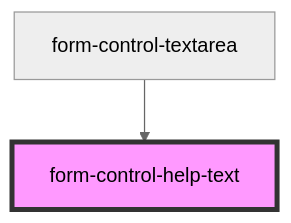
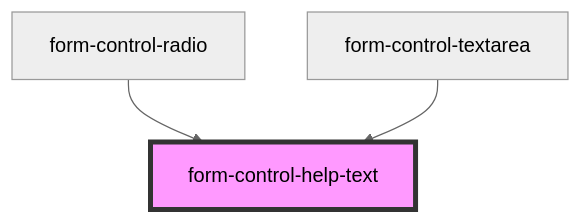
The diagram in packages/webcomponents/src/ui-components/form/form-helpers/form-control-help-text/readme.md (justifi-tech/web-component-library), drawn with Mermaid (neutral theme) before and after one commit. The commit also changed other lines of this file and 7 other files, not shown here.

````diff
--- a/packages/webcomponents/src/ui-components/form/form-helpers/form-control-help-text/readme.md
+++ b/packages/webcomponents/src/ui-components/form/form-helpers/form-control-help-text/readme.md
@@ -23,5 +24,6 @@
 ```mermaid
 graph TD;
+  form-control-radio --> form-control-help-text
   form-control-textarea --> form-control-help-text
   style form-control-help-text fill:#f9f,stroke:#333,stroke-width:4px
 ```
````
